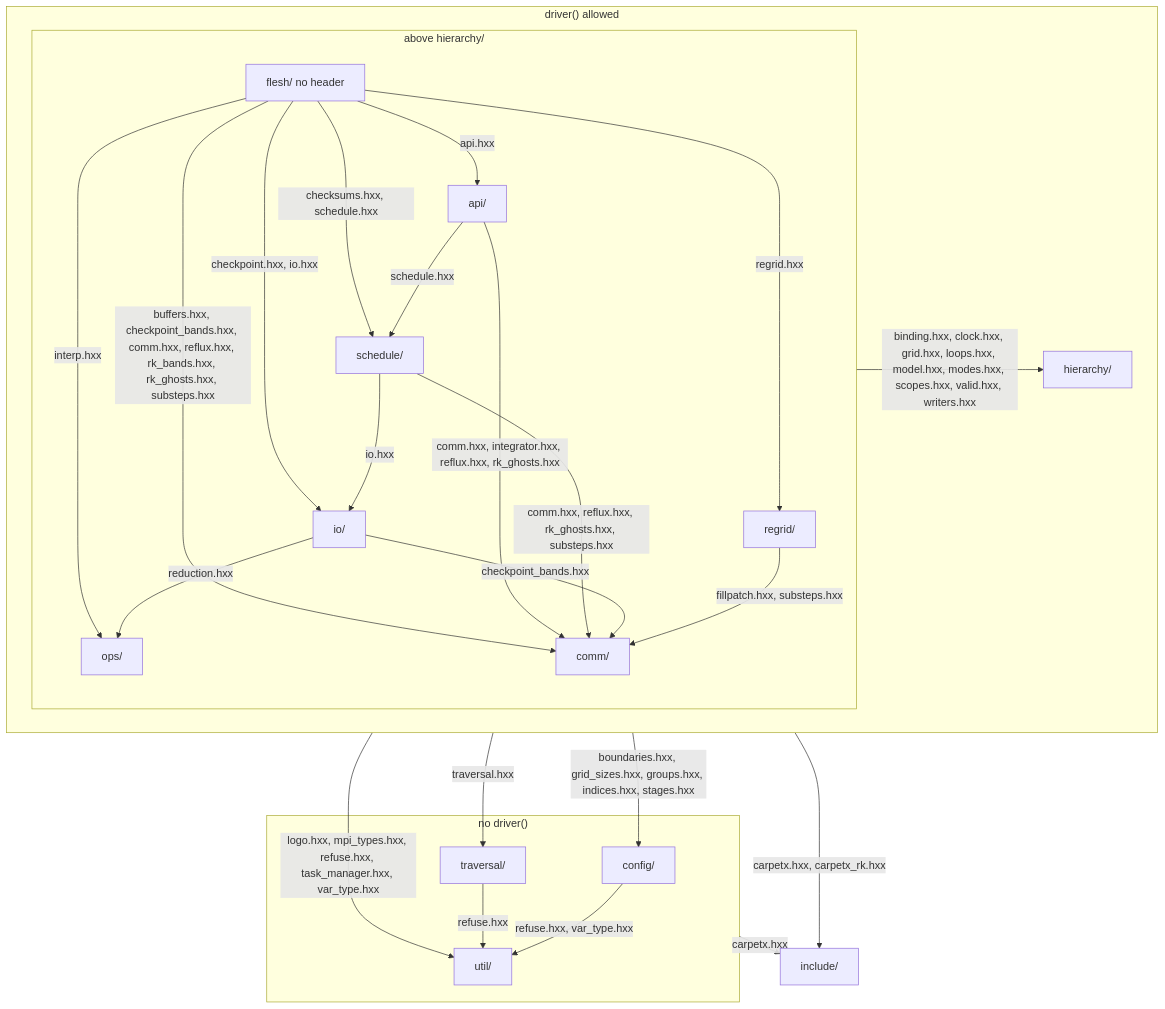
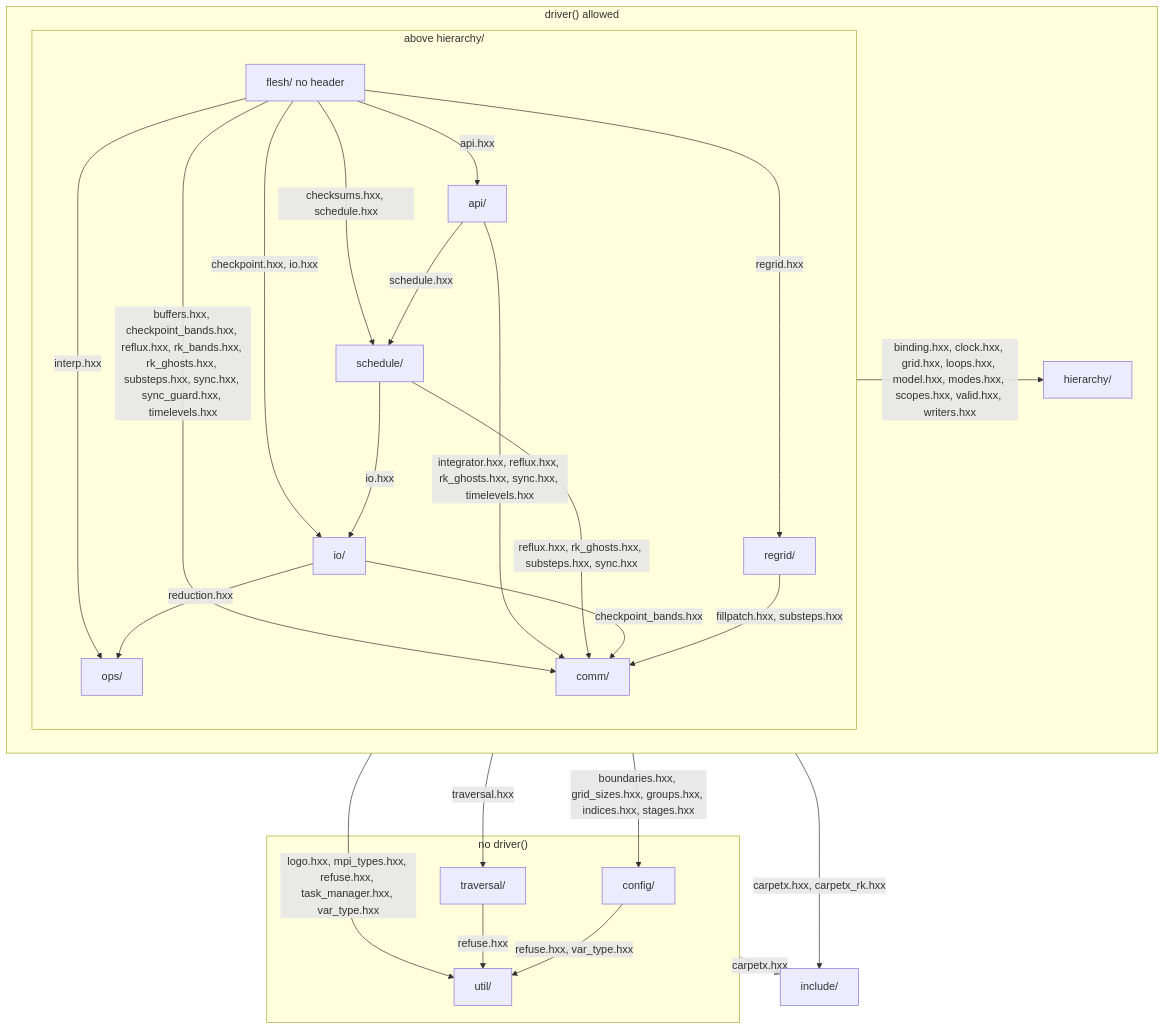
The first of 3 diagrams in agent_docs/carpetx-internals.md (lwJi/CarpetX), drawn with Mermaid before and after one commit. The commit also changed 24 other files, not shown here.

First line of the commit message:
CarpetX: comm/sync gets a stem, and what the entry points share leaves it

````diff
--- a/agent_docs/carpetx-internals.md
+++ b/agent_docs/carpetx-internals.md
@@ -7,42 +7,42 @@
 ```mermaid
 flowchart TB
   subgraph door["driver() allowed"]
     subgraph above["above hierarchy/"]
       flesh["flesh/ no header"]
       api["api/"]
       schedule["schedule/"]
       io["io/"]
       ops["ops/"]
       regrid["regrid/"]
       comm["comm/"]
     end
     hierarchy["hierarchy/"]
   end
   subgraph nodoor["no driver()"]
     config["config/"]
     traversal["traversal/"]
     util["util/"]
   end
   include["include/"]
   flesh -- "api.hxx" --> api
   flesh -- "checksums.hxx, schedule.hxx" --> schedule
   flesh -- "checkpoint.hxx, io.hxx" --> io
   flesh -- "interp.hxx" --> ops
   flesh -- "regrid.hxx" --> regrid
-  flesh -- "buffers.hxx, checkpoint_bands.hxx, comm.hxx, reflux.hxx, rk_bands.hxx, rk_ghosts.hxx, substeps.hxx" --> comm
+  flesh -- "buffers.hxx, checkpoint_bands.hxx, reflux.hxx, rk_bands.hxx, rk_ghosts.hxx, substeps.hxx, sync.hxx, sync_guard.hxx, timelevels.hxx" --> comm
   api -- "schedule.hxx" --> schedule
-  api -- "comm.hxx, integrator.hxx, reflux.hxx, rk_ghosts.hxx" --> comm
+  api -- "integrator.hxx, reflux.hxx, rk_ghosts.hxx, sync.hxx, timelevels.hxx" --> comm
   schedule -- "io.hxx" --> io
-  schedule -- "comm.hxx, reflux.hxx, rk_ghosts.hxx, substeps.hxx" --> comm
+  schedule -- "reflux.hxx, rk_ghosts.hxx, substeps.hxx, sync.hxx" --> comm
   io -- "reduction.hxx" --> ops
   io -- "checkpoint_bands.hxx" --> comm
   regrid -- "fillpatch.hxx, substeps.hxx" --> comm
   config -- "refuse.hxx, var_type.hxx" --> util
   traversal -- "refuse.hxx" --> util
   above -- "binding.hxx, clock.hxx, grid.hxx, loops.hxx, model.hxx, modes.hxx, scopes.hxx, valid.hxx, writers.hxx" --> hierarchy
   door -- "boundaries.hxx, grid_sizes.hxx, groups.hxx, indices.hxx, stages.hxx" --> config
   door -- "traversal.hxx" --> traversal
   door -- "logo.hxx, mpi_types.hxx, refuse.hxx, task_manager.hxx, var_type.hxx" --> util
   door -- "carpetx.hxx, carpetx_rk.hxx" --> include
   nodoor -- "carpetx.hxx" --> include
 ```
````
